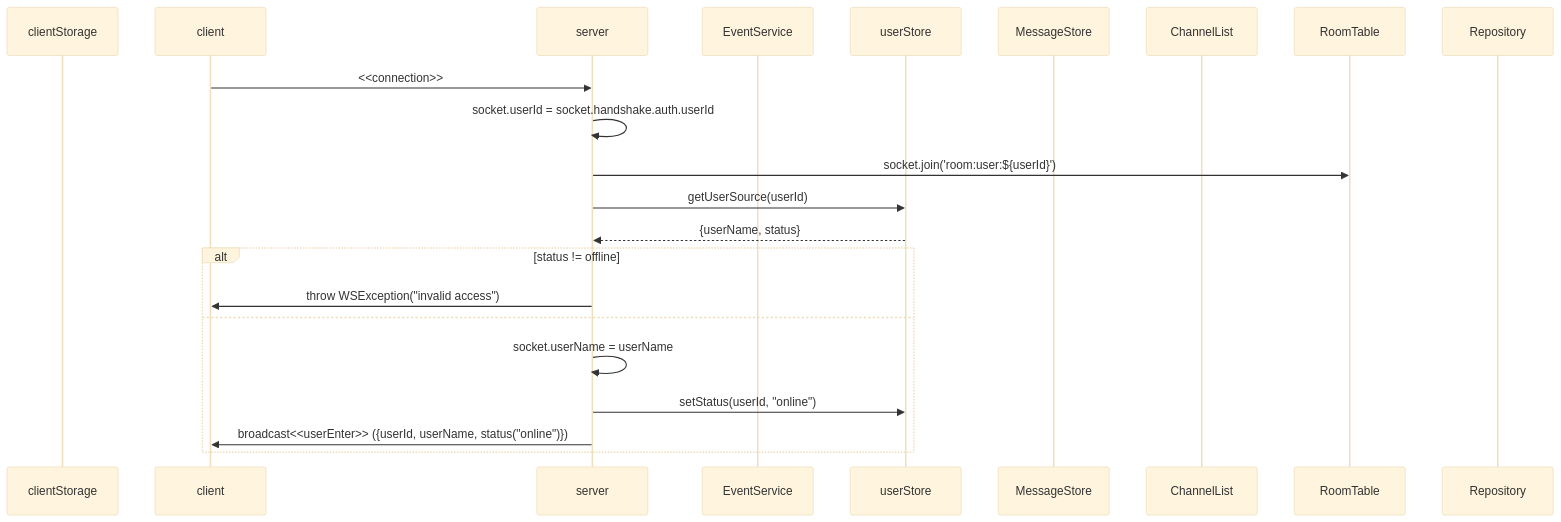
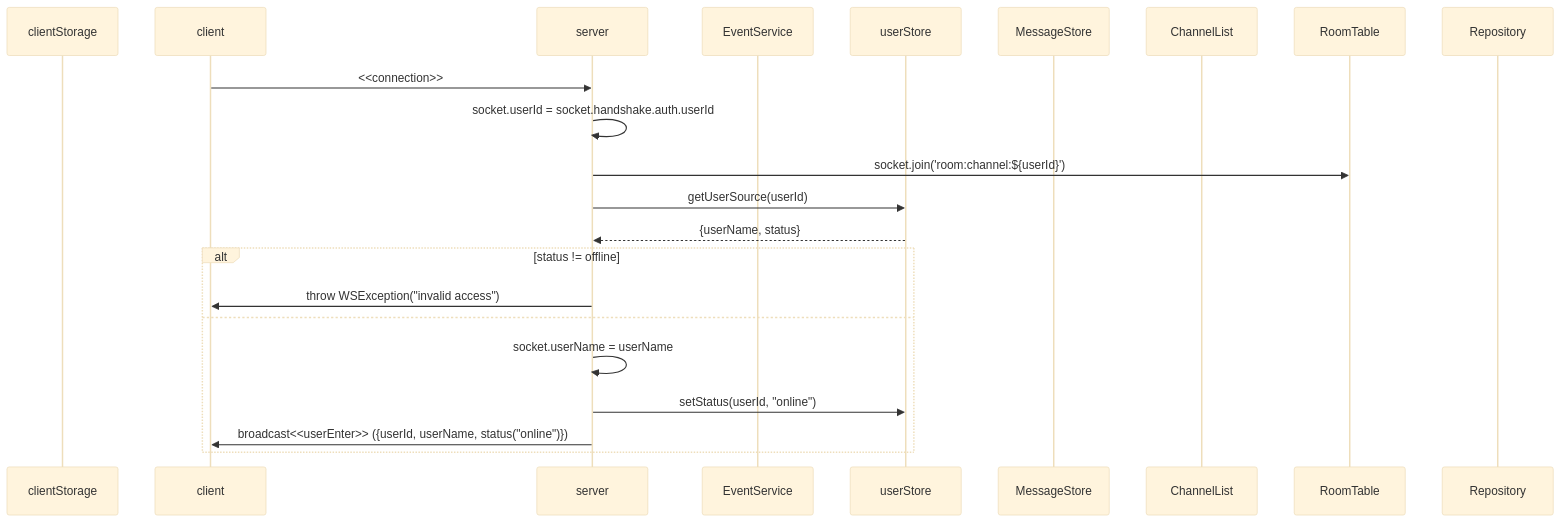
The second of 19 diagrams in backend/node/app/event.md (mtak0235/simmons_transcendence), drawn with Mermaid (base theme) before and after one commit. The commit also changed other lines of this file, not shown here.

````diff
--- a/backend/node/app/event.md
+++ b/backend/node/app/event.md
@@ -26,25 +26,25 @@
 ```mermaid
 sequenceDiagram
 participant cls as clientStorage
 participant c as client
 participant ga as server
 participant cs as EventService
 participant ss as userStore
 participant ms as MessageStore
 participant cns as ChannelList
 participant rt as RoomTable
 participant rep as Repository
 
 c->>ga: <<connection>>
 ga->>ga: socket.userId = socket.handshake.auth.userId
-ga->>rt: socket.join('room:user:${userId}')
+ga->>rt: socket.join('room:channel:${userId}')
 ga->>ss: getUserSource(userId)
 ss-->>ga: {userName, status}
 alt status != offline
 ga->>c: throw WSException("invalid access")
 else
 ga->>ga: socket.userName = userName
 ga->>ss:setStatus(userId, "online")
 ga->>c: broadcast<<userEnter>> ({userId, userName, status("online")})
 end
 ```
````
